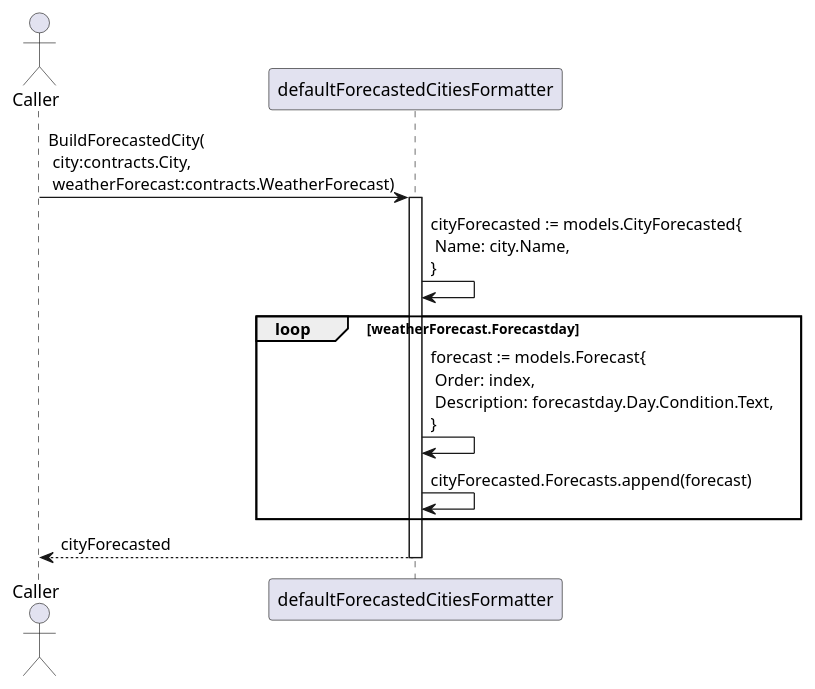
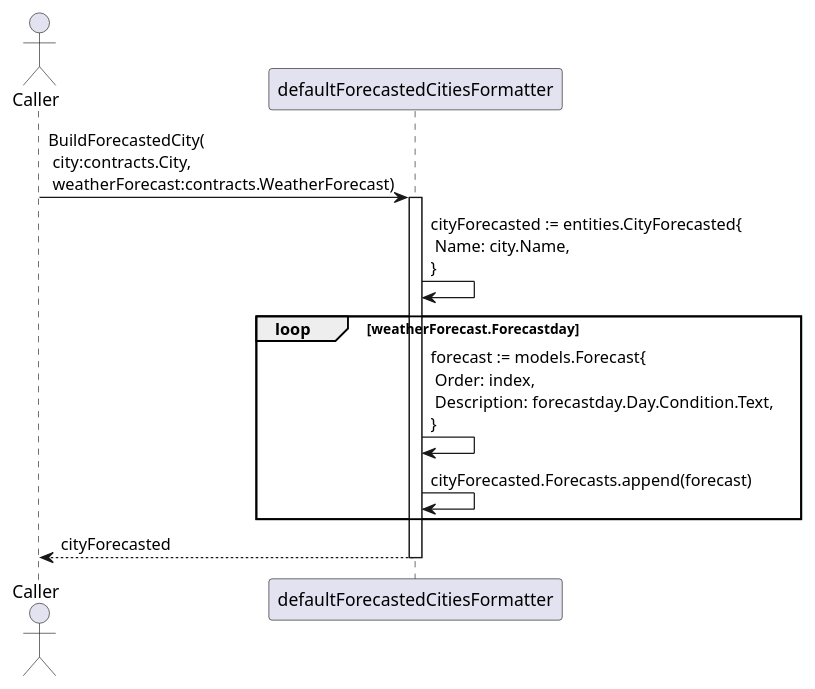
One commit to micoyeye22/TUITechHomework changed the diagram in docs/usecases/getforecastforcities/usecase/formatter/default_forecasted_cities_formatter_seq.puml. Above: the diagram before and after it, drawn with PlantUML. The commit also changed 15 other files, not shown here.

```diff
--- a/docs/usecases/getforecastforcities/usecase/formatter/default_forecasted_cities_formatter_seq.puml
+++ b/docs/usecases/getforecastforcities/usecase/formatter/default_forecasted_cities_formatter_seq.puml
@@ -1,16 +1,16 @@
 @startuml
 
 actor Caller as C
 participant defaultForecastedCitiesFormatter as DFCF
 
 C -> DFCF : BuildForecastedCity(\n city:contracts.City,\n weatherForecast:contracts.WeatherForecast)
 activate DFCF
-    DFCF -> DFCF : cityForecasted := models.CityForecasted{\n Name: city.Name,\n}
+    DFCF -> DFCF : cityForecasted := entities.CityForecasted{\n Name: city.Name,\n}
     loop weatherForecast.Forecastday
         DFCF -> DFCF : forecast := models.Forecast{\n Order: index,\n Description: forecastday.Day.Condition.Text,\n}
         DFCF -> DFCF :cityForecasted.Forecasts.append(forecast)
     end
     DFCF --> C : cityForecasted
 deactivate
 
 @enduml
```
